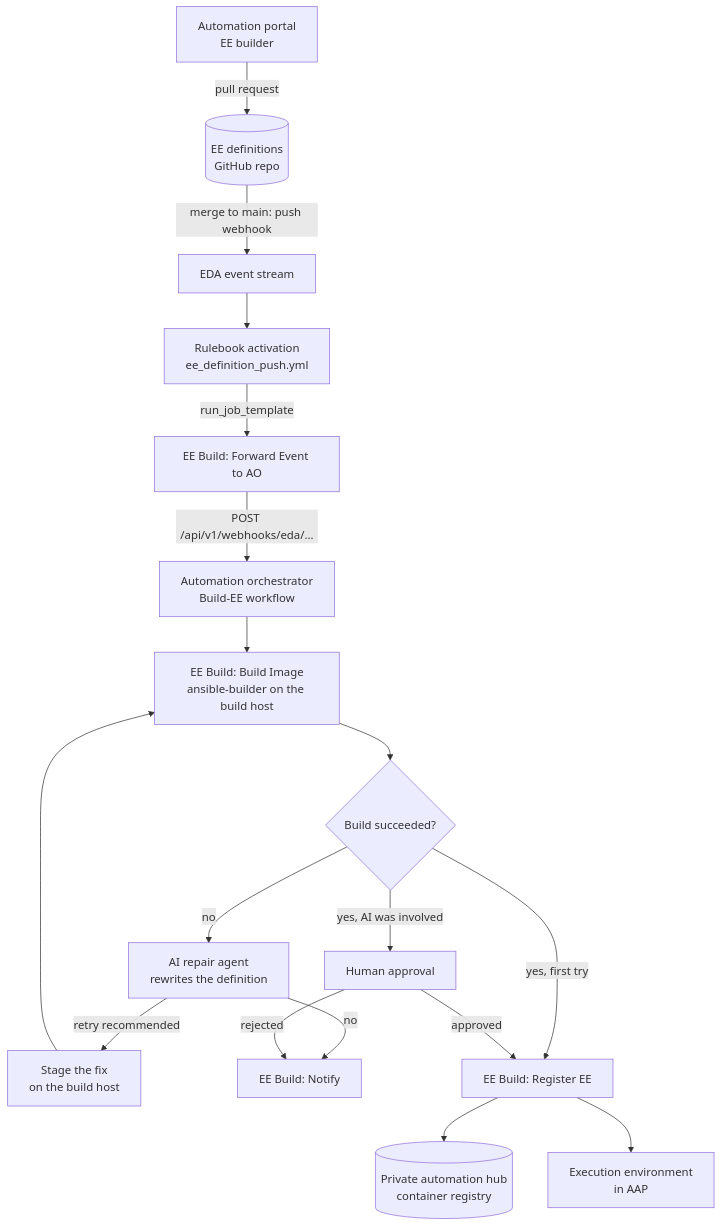
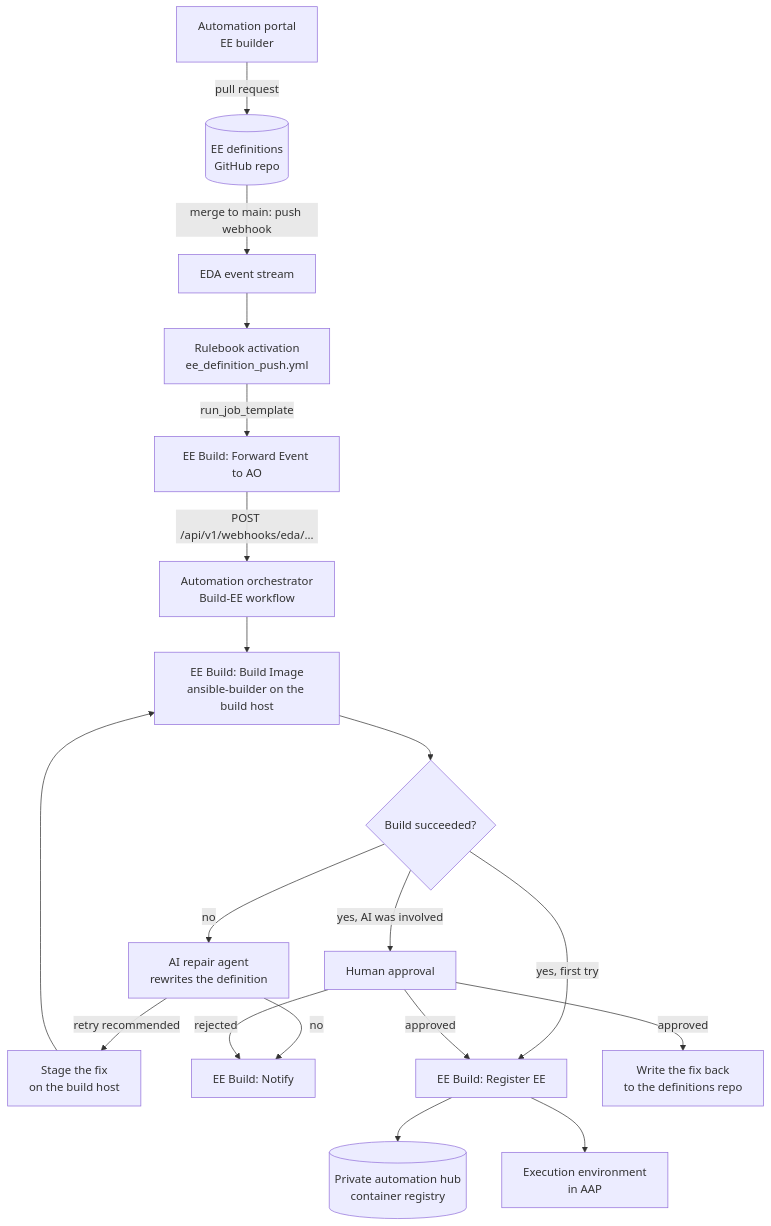
The diagram in README.md (gregsowell/ee-build-automation-portal-ao), drawn with Mermaid before and after one commit. The commit also changed other lines of this file and 4 other files, not shown here.

First line of the commit message:
Write an approved agent fix back to the definitions repository

````diff
--- a/README.md
+++ b/README.md
@@ -9,20 +9,21 @@
 ```mermaid
 flowchart TD
     A[Automation portal<br/>EE builder] -->|pull request| B[(EE definitions<br/>GitHub repo)]
     B -->|merge to main: push webhook| C[EDA event stream]
     C --> D[Rulebook activation<br/>ee_definition_push.yml]
     D -->|run_job_template| E[EE Build: Forward Event to AO]
     E -->|POST /api/v1/webhooks/eda/...| F[Automation orchestrator<br/>Build-EE workflow]
     F --> G[EE Build: Build Image<br/>ansible-builder on the build host]
     G --> H{Build succeeded?}
     H -->|no| I[AI repair agent<br/>rewrites the definition]
     I -->|retry recommended| S[Stage the fix<br/>on the build host]
     S --> G
     I -->|no| N[EE Build: Notify]
     H -->|yes, AI was involved| J[Human approval]
     H -->|yes, first try| K[EE Build: Register EE]
     J -->|approved| K
     J -->|rejected| N
     K --> L[(Private automation hub<br/>container registry)]
     K --> M[Execution environment<br/>in AAP]
+    J -->|approved| W[Write the fix back<br/>to the definitions repo]
 ```
````
